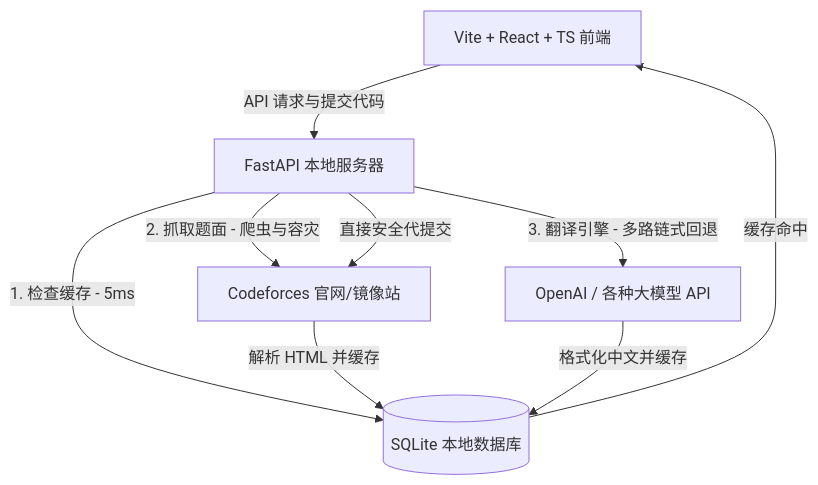
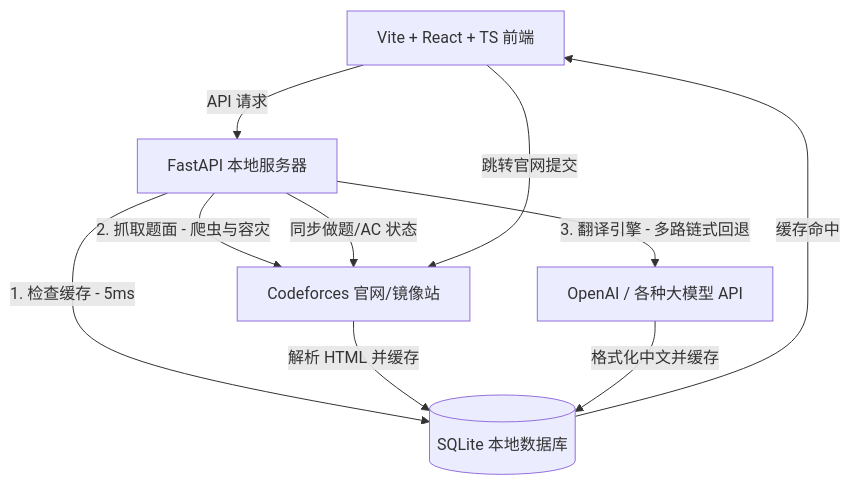
The diagram in README.md (Aemeath233/codeforces-zh), drawn with Mermaid before and after one commit. The commit also changed other lines of this file and 14 other files, not shown here.

````diff
--- a/README.md
+++ b/README.md
@@ -20,11 +20,12 @@
 ```mermaid
 graph TD
-    A["Vite + React + TS 前端"] -->|API 请求与提交代码| B["FastAPI 本地服务器"]
+    A["Vite + React + TS 前端"] -->|API 请求| B["FastAPI 本地服务器"]
     B -->|1. 检查缓存 - 5ms| C[("SQLite 本地数据库")]
     B -->|2. 抓取题面 - 爬虫与容灾| D["Codeforces 官网/镜像站"]
     B -->|3. 翻译引擎 - 多路链式回退| E["OpenAI / 各种大模型 API"]
     C -->|缓存命中| A
     D -->|解析 HTML 并缓存| C
     E -->|格式化中文并缓存| C
-    B -->|直接安全代提交| D
+    B -->|同步做题/AC 状态| D
+    A -->|跳转官网提交| D
 ```
````
